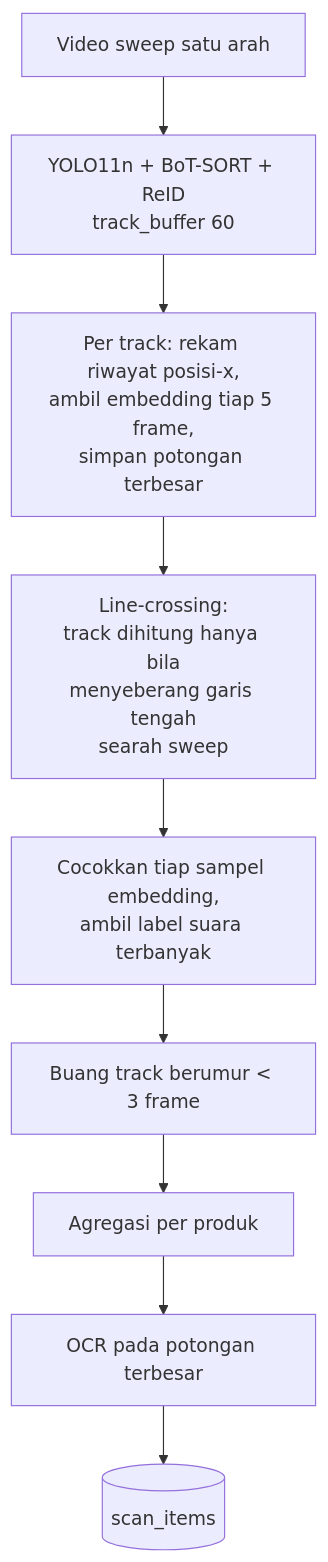
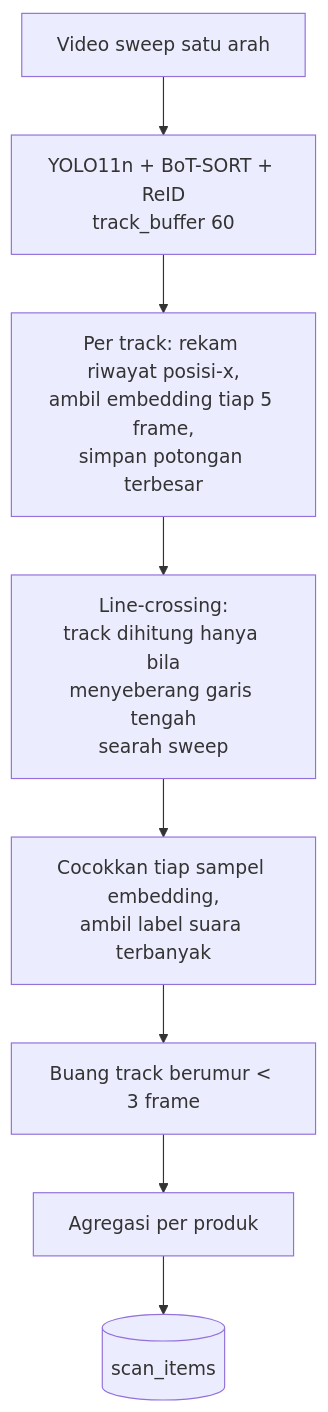
The fifth of 11 diagrams in docs/proposal/DRAFT-PROPOSAL.md (marshal-rizky/Stocklens), drawn with Mermaid before and after one commit. The commit also changed other lines of this file and 6 other files, not shown here.

````diff
--- a/docs/proposal/DRAFT-PROPOSAL.md
+++ b/docs/proposal/DRAFT-PROPOSAL.md
@@ -225,11 +225,10 @@
 ```mermaid
 flowchart TB
     V1["Video sweep satu arah"] --> V2["YOLO11n + BoT-SORT + ReID<br/>track_buffer 60"]
     V2 --> V3["Per track: rekam riwayat posisi-x,<br/>ambil embedding tiap 5 frame,<br/>simpan potongan terbesar"]
     V3 --> V4["Line-crossing:<br/>track dihitung hanya bila<br/>menyeberang garis tengah<br/>searah sweep"]
     V4 --> V5["Cocokkan tiap sampel embedding,<br/>ambil label suara terbanyak"]
     V5 --> V6["Buang track berumur < 3 frame"]
     V6 --> V7["Agregasi per produk"]
-    V7 --> V8["OCR pada potongan terbesar"]
-    V8 --> V9[("scan_items")]
+    V7 --> V8[("scan_items")]
 ```
````
